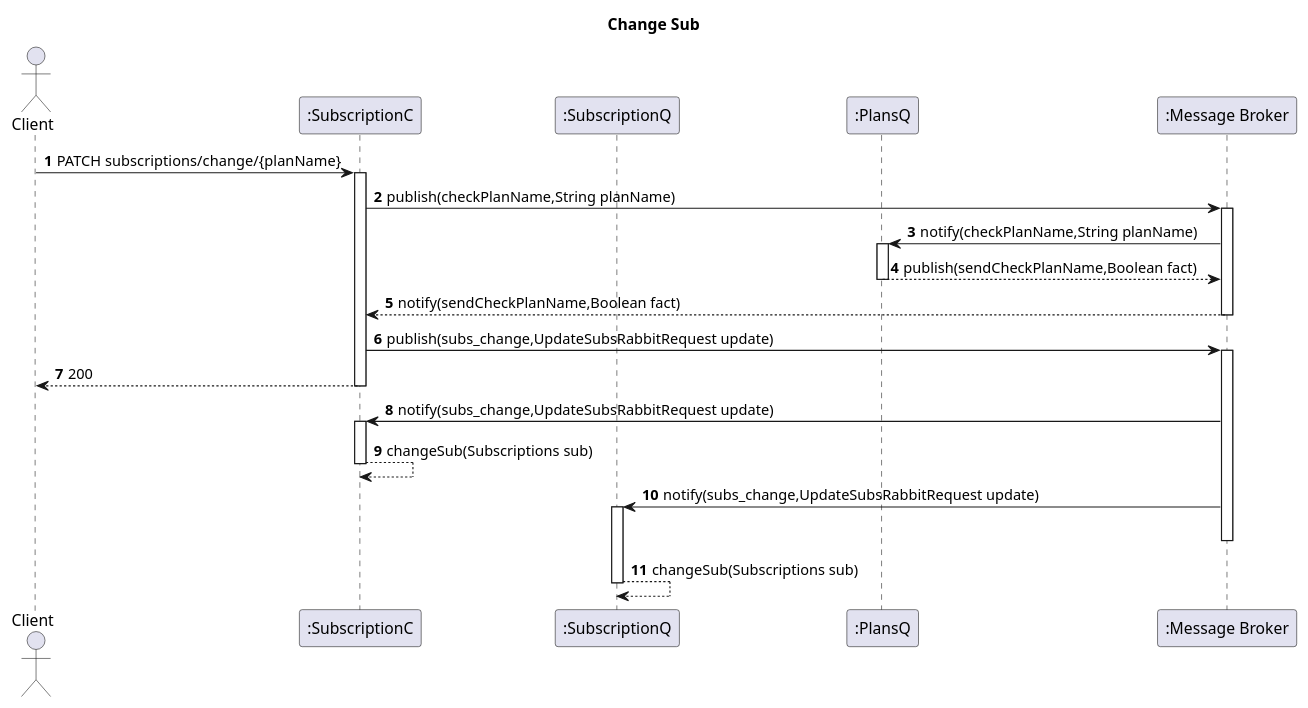
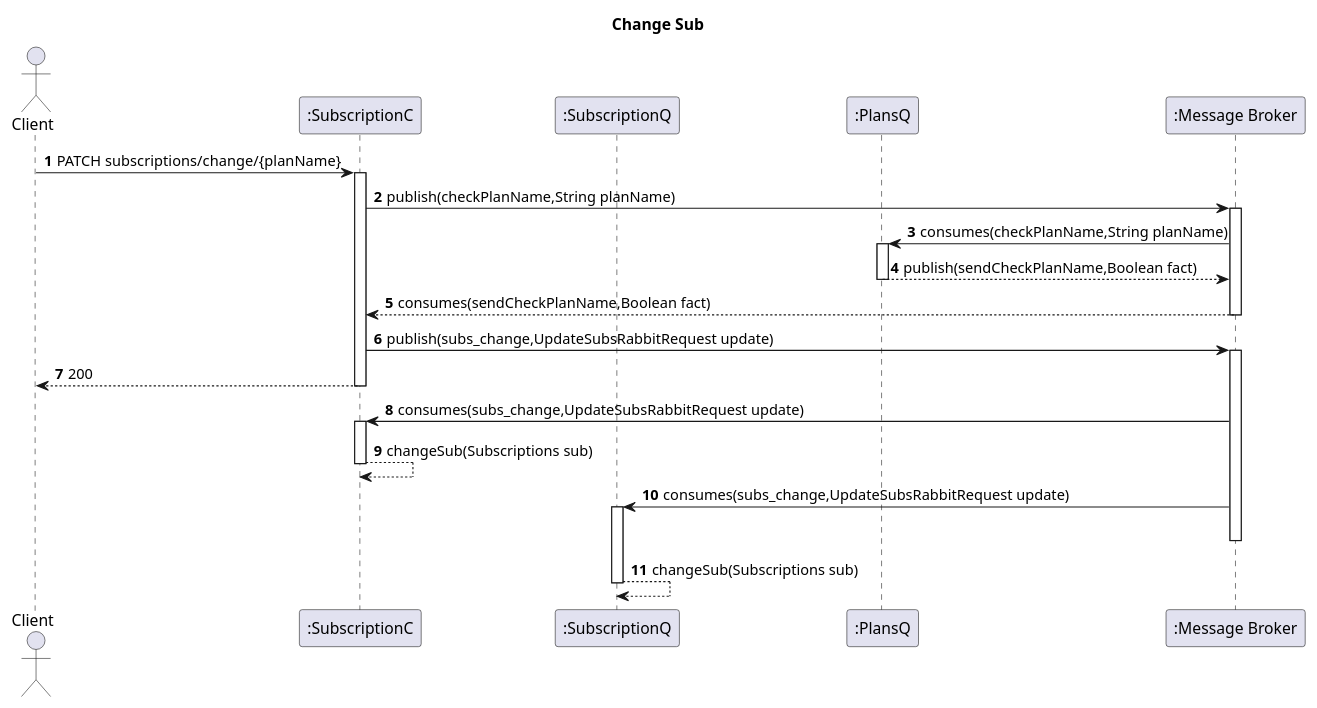
Before and after one commit to IsepMartimOliveira/SIDIS: the diagram in docs_sidis/Segunda_Avalição/Subs/Vista Logica/N2/ChangeSubs.puml, drawn with PlantUML. The commit also changed 23 other files, not shown here.

```diff
--- a/docs_sidis/Segunda_Avalição/Subs/Vista Logica/N2/ChangeSubs.puml
+++ b/docs_sidis/Segunda_Avalição/Subs/Vista Logica/N2/ChangeSubs.puml
@@ -1,32 +1,32 @@
 @startuml
 'https://plantuml.com/sequence-diagram
 autoactivate on
 autonumber
 title  Change Sub
 
 autonumber
 
 actor "Client" as Ac
 
 participant ":SubscriptionC" as SubC
 participant ":SubscriptionQ" as SubQ
 participant ":PlansQ" as Plans
 participant ":Message Broker" as Broker
 
 Ac->SubC:PATCH subscriptions/change/{planName}
 SubC->Broker: publish(checkPlanName,String planName)
-Broker->Plans:notify(checkPlanName,String planName)
+Broker->Plans:consumes(checkPlanName,String planName)
 Plans-->Broker: publish(sendCheckPlanName,Boolean fact)
 
-Broker-->SubC: notify(sendCheckPlanName,Boolean fact)
+Broker-->SubC: consumes(sendCheckPlanName,Boolean fact)
 SubC->Broker: publish(subs_change,UpdateSubsRabbitRequest update)
 SubC-->Ac:200
 
-Broker->SubC:notify(subs_change,UpdateSubsRabbitRequest update)
+Broker->SubC:consumes(subs_change,UpdateSubsRabbitRequest update)
 SubC-->SubC:changeSub(Subscriptions sub)
-Broker->SubQ:notify(subs_change,UpdateSubsRabbitRequest update)
+Broker->SubQ:consumes(subs_change,UpdateSubsRabbitRequest update)
 deactivate Broker
 
 SubQ-->SubQ:changeSub(Subscriptions sub)
 
 @enduml
```
